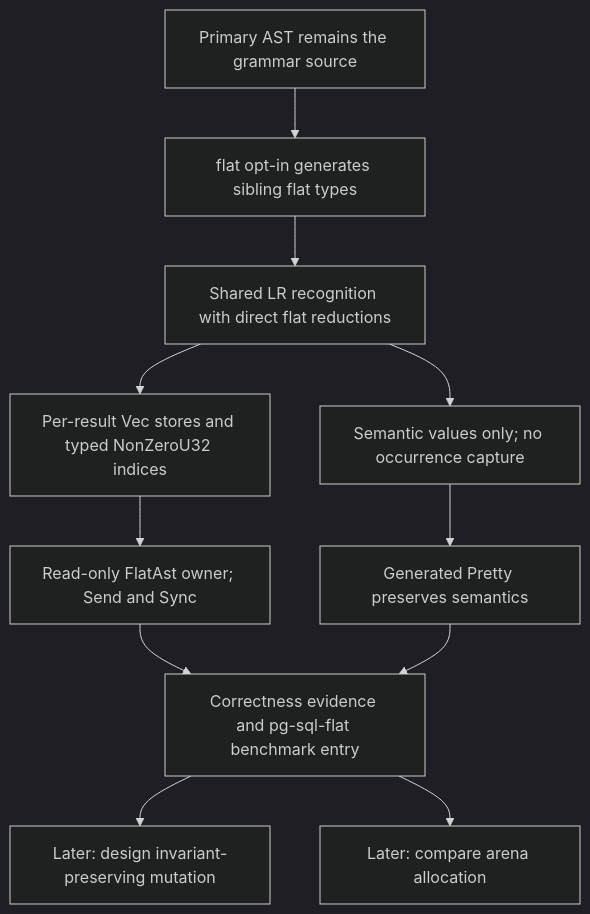
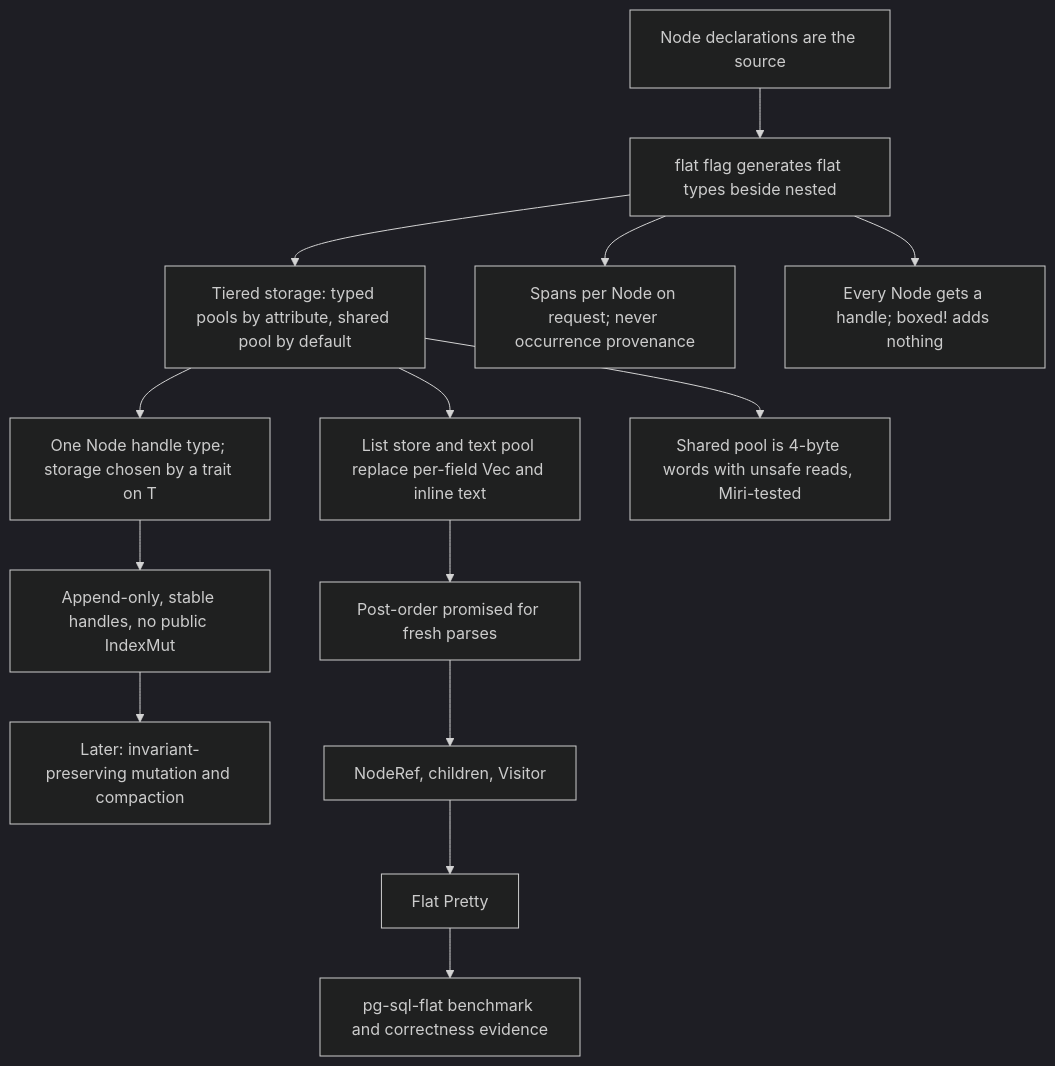
One commit to freshtonic/recursa changed the diagram in docs/flat-ast-design.md. Above: the diagram before and after it, drawn with Mermaid (dark theme). The commit also changed other lines of this file and 5 other files, not shown here.

First line of the commit message:
docs: settle tiered flat AST storage

````diff
--- a/docs/flat-ast-design.md
+++ b/docs/flat-ast-design.md
@@ -31,13 +234,16 @@
 ```mermaid
 flowchart TD
-    A[Primary AST remains the grammar source] --> B[flat opt-in generates sibling flat types]
-    B --> C[Shared LR recognition with direct flat reductions]
-    C --> D[Per-result Vec stores and typed NonZeroU32 indices]
-    C --> E[Semantic values only; no occurrence capture]
-    D --> F[Read-only FlatAst owner; Send and Sync]
-    E --> G[Generated Pretty preserves semantics]
-    F --> H[Correctness evidence and pg-sql-flat benchmark entry]
-    G --> H
-    H --> I[Later: design invariant-preserving mutation]
-    H --> J[Later: compare arena allocation]
+    A[Node declarations are the source] --> B[flat flag generates flat types beside nested]
+    B --> C[Tiered storage: typed pools by attribute, shared pool by default]
+    C --> D[One Node handle type; storage chosen by a trait on T]
+    C --> E[List store and text pool replace per-field Vec and inline text]
+    C --> F[Shared pool is 4-byte words with unsafe reads, Miri-tested]
+    B --> G[Spans per Node on request; never occurrence provenance]
+    B --> H[Every Node gets a handle; boxed! adds nothing]
+    D --> I[Append-only, stable handles, no public IndexMut]
+    I --> J[Later: invariant-preserving mutation and compaction]
+    E --> K[Post-order promised for fresh parses]
+    K --> L[NodeRef, children, Visitor]
+    L --> M[Flat Pretty]
+    M --> N[pg-sql-flat benchmark and correctness evidence]
 ```
````
